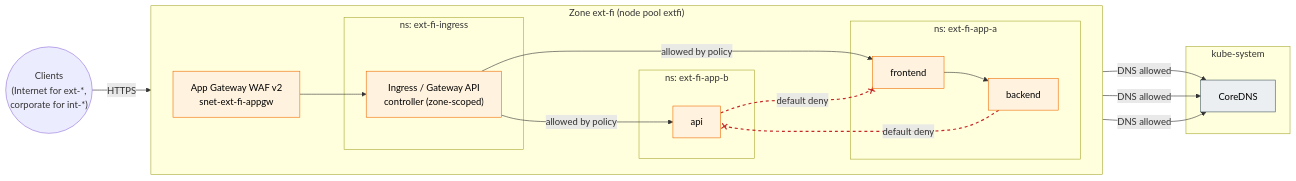
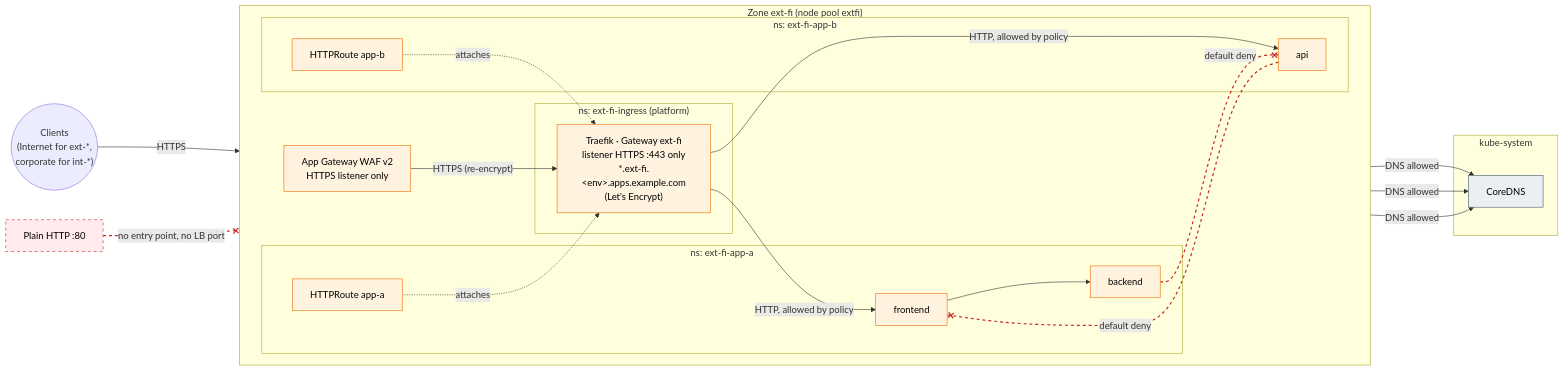
One commit to olljanat-ai/aks-design changed the diagram in diagrams/07-namespace-tenancy.mmd. Above: the diagram before and after it, drawn with Mermaid. The commit also changed 12 other files, not shown here.

First line of the commit message:
Clarify policy engine, stateful placement, CNI and TLS per cluster type

```diff
--- a/diagrams/07-namespace-tenancy.mmd
+++ b/diagrams/07-namespace-tenancy.mmd
@@ -1,35 +1,44 @@
-%% Application multi-tenancy inside one zone: namespace per application, default-deny network policies
+%% Application multi-tenancy inside one zone of a stateless cluster: namespace per application, default-deny
+%% network policies, Traefik as the zone's Gateway API implementation (HTTPS only).
 flowchart LR
     client(("Clients<br/>(Internet for ext-*,<br/>corporate for int-*)"))
 
     subgraph ZONE["Zone ext-fi (node pool extfi)"]
         direction LR
-        appgw["App Gateway WAF v2<br/>snet-ext-fi-appgw"]
-        subgraph ING["ns: ext-fi-ingress"]
-            ic["Ingress / Gateway API<br/>controller (zone-scoped)"]
+        appgw["App Gateway WAF v2<br/>HTTPS listener only"]
+        subgraph ING["ns: ext-fi-ingress (platform)"]
+            ic["Traefik · Gateway ext-fi<br/>listener HTTPS :443 only<br/>*.ext-fi.&lt;env&gt;.apps.example.com<br/>(Let's Encrypt)"]
         end
         subgraph A["ns: ext-fi-app-a"]
+            ra["HTTPRoute app-a"]
             a1["frontend"] --> a2["backend"]
         end
         subgraph B["ns: ext-fi-app-b"]
+            rb["HTTPRoute app-b"]
             b1["api"]
         end
     end
 
     subgraph SYS["kube-system"]
         dns["CoreDNS"]
     end
 
-    client -->|"HTTPS"| appgw --> ic
-    ic -->|"allowed by policy"| a1
-    ic -->|"allowed by policy"| b1
+    http["Plain HTTP :80"]:::off
+
+    client -->|"HTTPS"| appgw -->|"HTTPS (re-encrypt)"| ic
+    ic -->|"HTTP, allowed by policy"| a1
+    ic -->|"HTTP, allowed by policy"| b1
     a1 & a2 & b1 -->|"DNS allowed"| dns
     a2 -.-x|"default deny"| b1
     b1 -.-x|"default deny"| a1
+    http -.-x|"no entry point, no LB port"| ic
+    ra -.->|"attaches"| ic
+    rb -.->|"attaches"| ic
 
-    linkStyle 8,9 stroke:#c62828,stroke-width:2px,stroke-dasharray:5 5
+    linkStyle 8,9,10 stroke:#c62828,stroke-width:2px,stroke-dasharray:5 5
 
     classDef ext fill:#fff3e0,stroke:#ef6c00,color:#000
     classDef cp fill:#eceff1,stroke:#455a64,color:#000
-    class appgw,ic,a1,a2,b1 ext
+    classDef off fill:#ffebee,stroke:#c62828,color:#000,stroke-dasharray: 5 5
+    class appgw,ic,a1,a2,b1,ra,rb ext
     class dns cp
```
